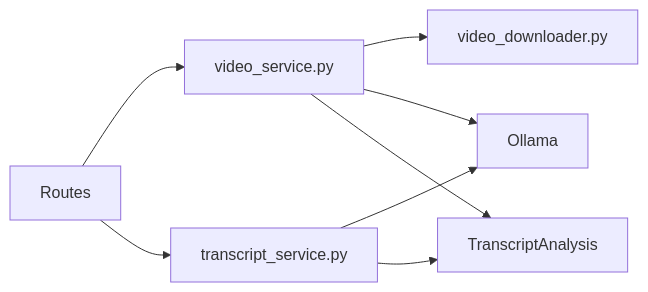
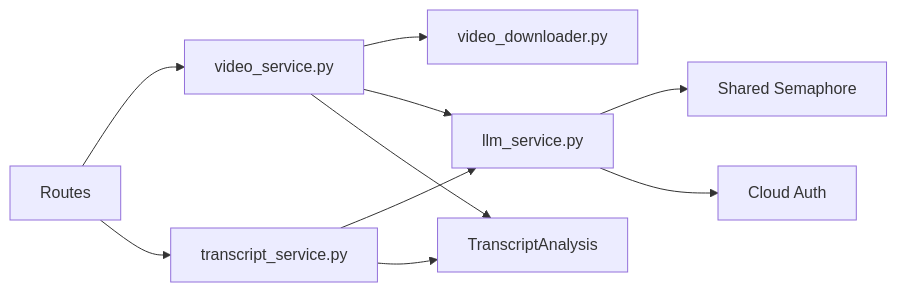
One commit to Revanththetalogics/aireume changed the third of 3 diagrams in .qoder/repowiki/en/content/API Reference/Video Interview API.md. Above: the diagram before and after it, drawn with Mermaid. The commit also changed other lines of this file and 6 other files, not shown here.

````diff
--- a/.qoder/repowiki/en/content/API Reference/Video Interview API.md
+++ b/.qoder/repowiki/en/content/API Reference/Video Interview API.md
@@ -334,10 +390,12 @@
 ```mermaid
 graph LR
 Routes["Routes"] --> VideoSvc["video_service.py"]
 Routes --> TransSvc["transcript_service.py"]
 VideoSvc --> Downloader["video_downloader.py"]
-VideoSvc --> Ollama["Ollama"]
-TransSvc --> Ollama
+VideoSvc --> LLMService["llm_service.py"]
+TransSvc --> LLMService
 TransSvc --> DB["TranscriptAnalysis"]
 VideoSvc --> DB
+LLMService --> Semaphore["Shared Semaphore"]
+LLMService --> CloudAuth["Cloud Auth"]
 ```
````
